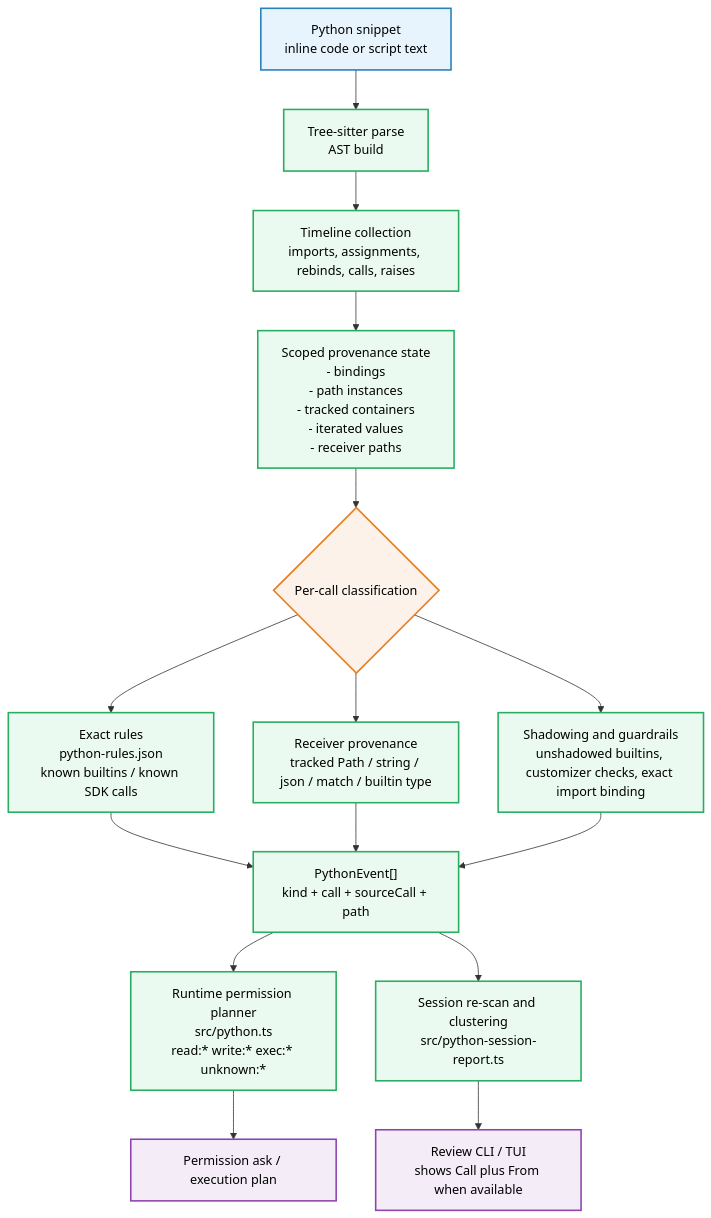
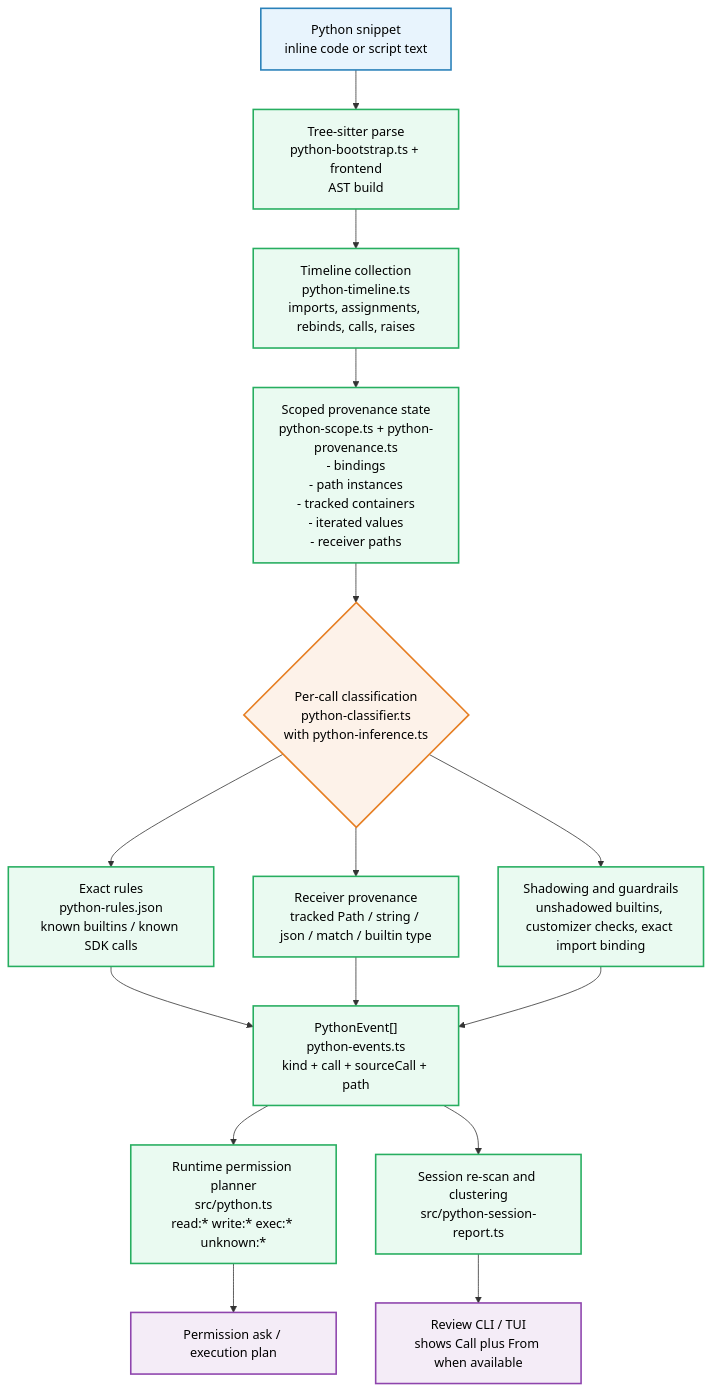
Before and after one commit to loquilloll/opencode-python-tool: the first of 2 diagrams in docs/python-classification-system-design.md, drawn with Mermaid. The commit also changed other lines of this file and 16 other files, not shown here.

````diff
--- a/docs/python-classification-system-design.md
+++ b/docs/python-classification-system-design.md
@@ -54,34 +54,34 @@
 ```mermaid
 flowchart TD
     Source["Python snippet\ninline code or script text"] --> Parse
-    Parse["Tree-sitter parse\nAST build"] --> Timeline
-    Timeline["Timeline collection\nimports, assignments, rebinds, calls, raises"] --> Scope
+    Parse["Tree-sitter parse\npython-bootstrap.ts + frontend\nAST build"] --> Timeline
+    Timeline["Timeline collection\npython-timeline.ts\nimports, assignments, rebinds, calls, raises"] --> Scope
 
-    Scope["Scoped provenance state\n- bindings\n- path instances\n- tracked containers\n- iterated values\n- receiver paths"] --> Classify
+    Scope["Scoped provenance state\npython-scope.ts + python-provenance.ts\n- bindings\n- path instances\n- tracked containers\n- iterated values\n- receiver paths"] --> Classify
 
-    Classify{"Per-call classification"}
+    Classify{"Per-call classification\npython-classifier.ts\nwith python-inference.ts"}
 
     Classify --> Exact["Exact rules\npython-rules.json\nknown builtins / known SDK calls"]
     Classify --> Provenance["Receiver provenance\ntracked Path / string / json / match / builtin type"]
     Classify --> Guards["Shadowing and guardrails\nunshadowed builtins, customizer checks, exact import binding"]
 
     Exact --> Event
     Provenance --> Event
     Guards --> Event
 
-    Event["PythonEvent[]\nkind + call + sourceCall + path"] --> Runtime
+    Event["PythonEvent[]\npython-events.ts\nkind + call + sourceCall + path"] --> Runtime
     Event --> Review
 
     Runtime["Runtime permission planner\nsrc/python.ts\nread:* write:* exec:* unknown:*"] --> Ask["Permission ask / execution plan"]
     Review["Session re-scan and clustering\nsrc/python-session-report.ts"] --> TUI["Review CLI / TUI\nshows Call plus From when available"]
 
     classDef source fill:#e8f4fd,stroke:#2980b9,stroke-width:2px,color:#000
     classDef process fill:#eafaf1,stroke:#27ae60,stroke-width:2px,color:#000
     classDef decision fill:#fdf2e9,stroke:#e67e22,stroke-width:2px,color:#000
     classDef sink fill:#f4ecf7,stroke:#8e44ad,stroke-width:2px,color:#000
 
     class Source source
     class Parse,Timeline,Scope,Exact,Provenance,Guards,Event,Runtime,Review process
     class Classify decision
     class Ask,TUI sink
 ```
````
